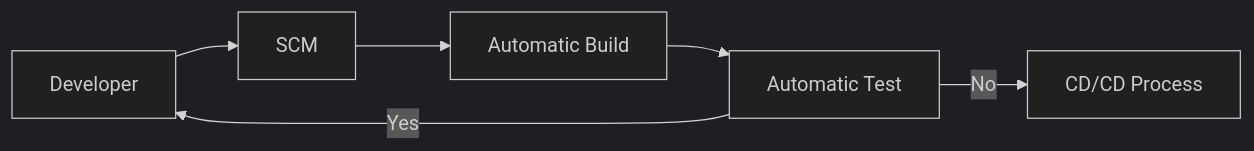
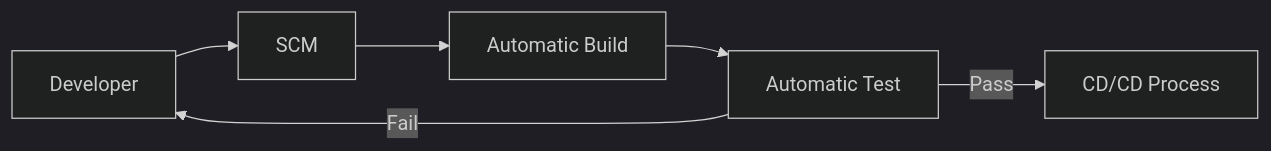
One commit to HorningGit/Rayquaza_Resources changed the first of 3 diagrams in tools/admin/devops.md. Above: the diagram before and after it, drawn with Mermaid (dark theme).

````diff
--- a/tools/admin/devops.md
+++ b/tools/admin/devops.md
@@ -23,6 +23,6 @@
 ```mermaid
 flowchart LR
     A[Developer]-->B[SCM]-->C[Automatic Build]-->D[Automatic Test]
-    D -->|Yes| A
-    D -->|No| E[CD/CD Process]
+    D -->|Fail| A
+    D -->|Pass| E[CD/CD Process]
 ```
````
